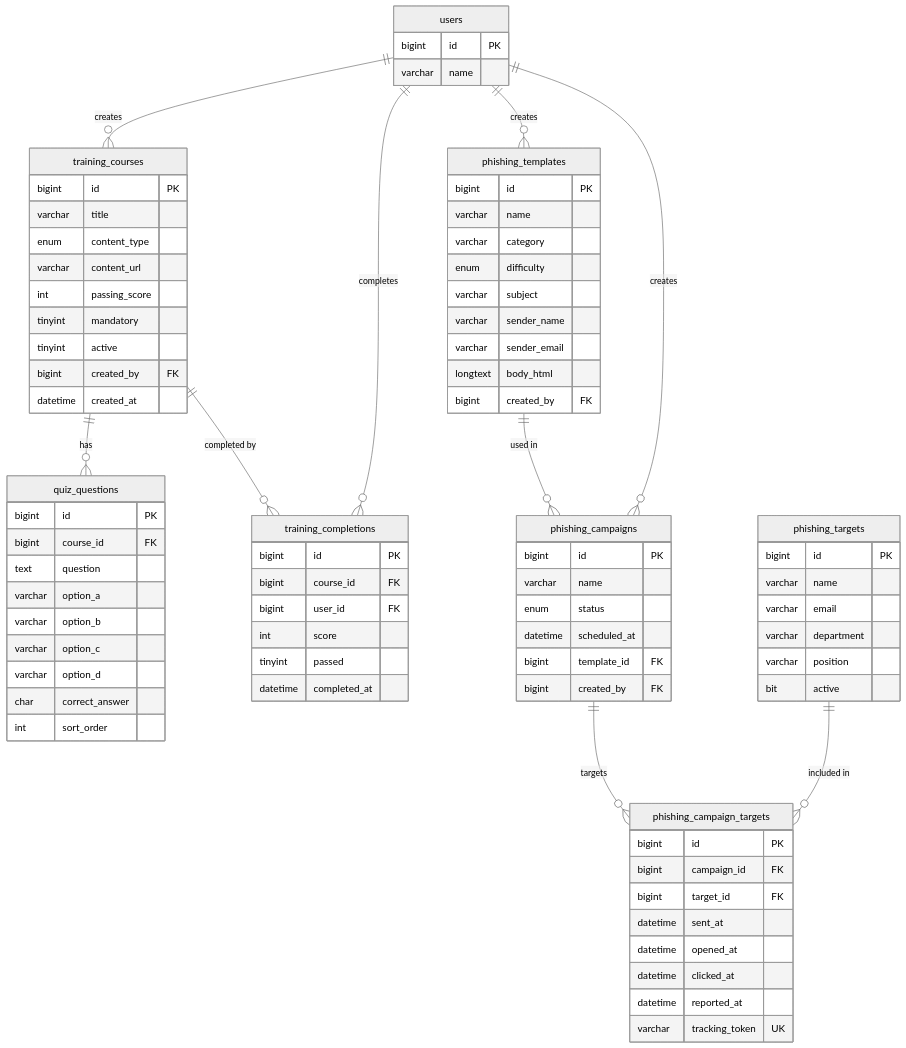
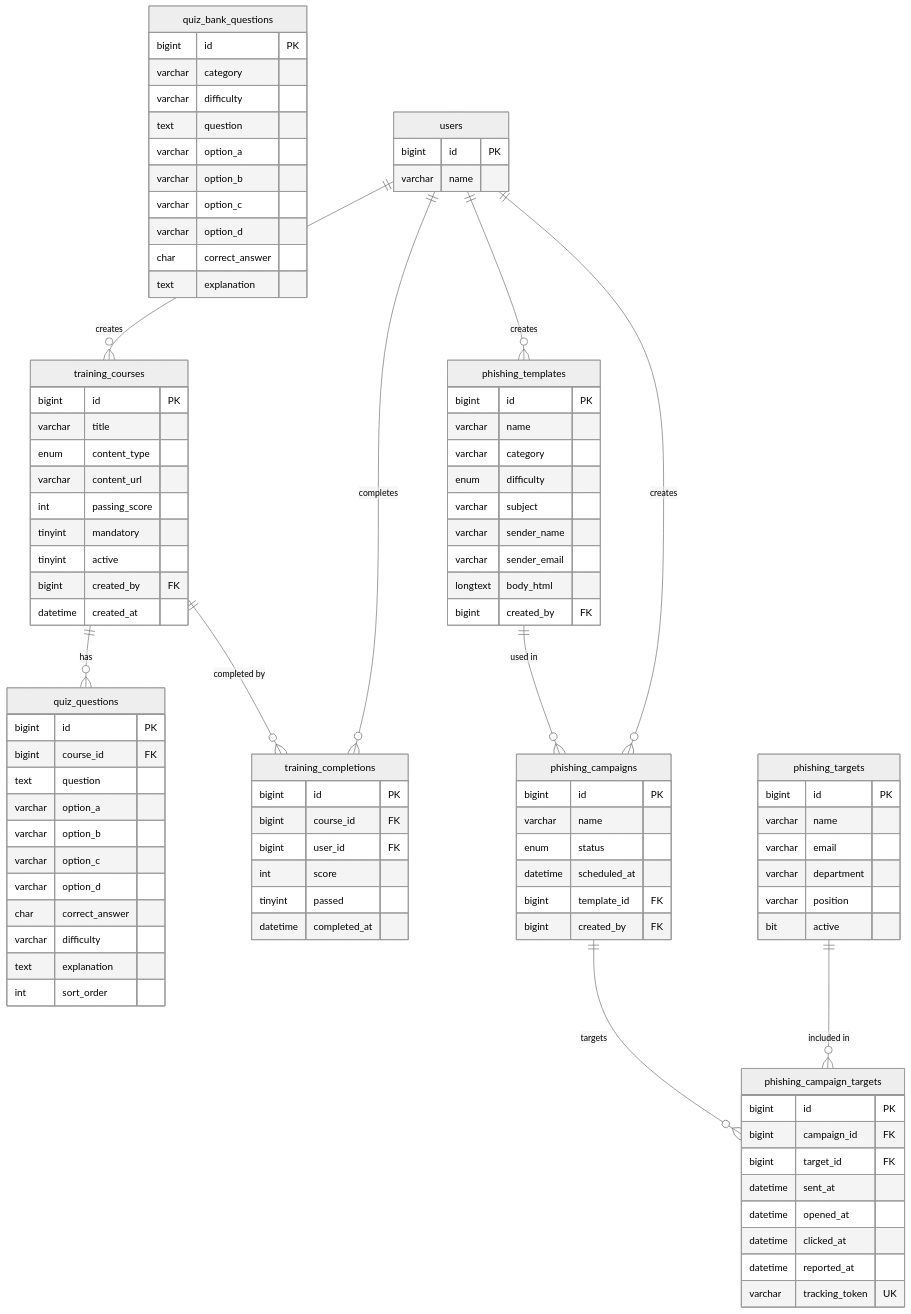
Before and after one commit to monosun/ksecportal: the sixth of 10 diagrams in docs/user-manual.md, drawn with Mermaid (neutral theme). The commit also changed 8 other files, not shown here.

```diff
--- a/docs/user-manual.md
+++ b/docs/user-manual.md
@@ -1192,7 +1192,21 @@
         varchar option_c
         varchar option_d
         char correct_answer
+        varchar difficulty
+        text explanation
         int sort_order
+    }
+    quiz_bank_questions {
+        bigint id PK
+        varchar category
+        varchar difficulty
+        text question
+        varchar option_a
+        varchar option_b
+        varchar option_c
+        varchar option_d
+        char correct_answer
+        text explanation
     }
     training_completions {
         bigint id PK
```
